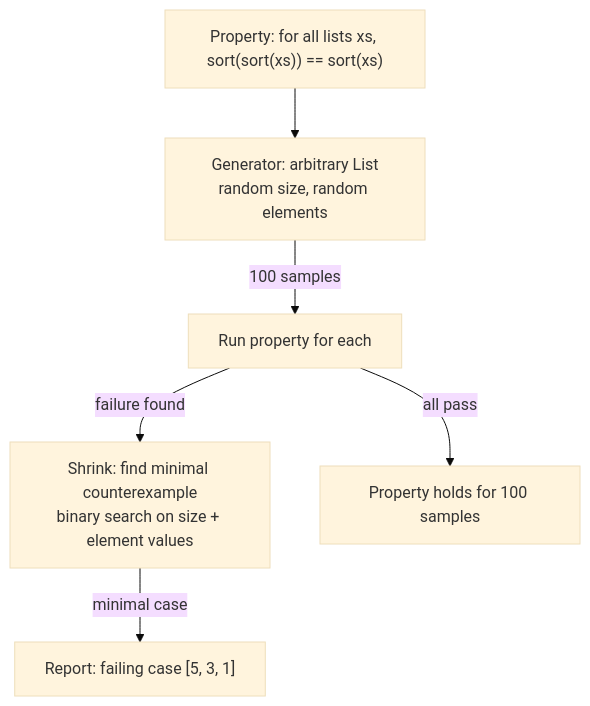
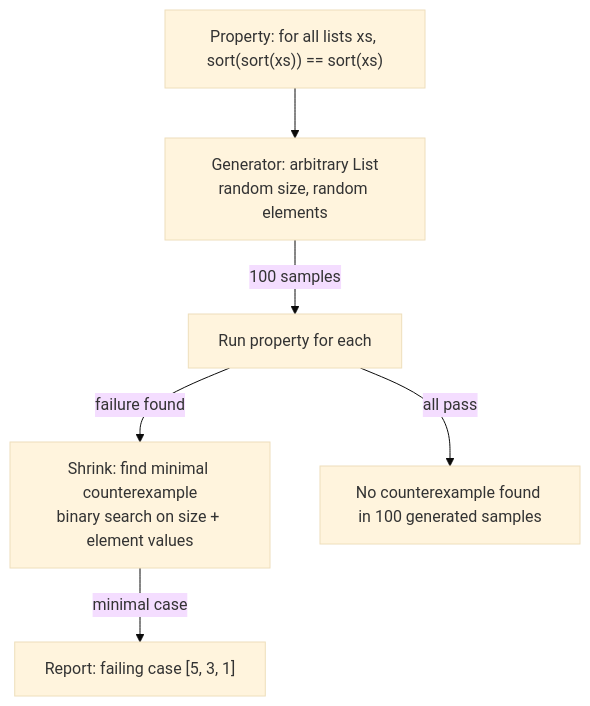
Before and after one commit to choisimo/document: diagram 19 of 33 in content/docs/books/cs-reference/ko/miscellaneous-cs.md, drawn with Mermaid (base theme). The commit also changed other lines of this file and 504 other files, not shown here.

````diff
--- a/content/docs/books/cs-reference/ko/miscellaneous-cs.md
+++ b/content/docs/books/cs-reference/ko/miscellaneous-cs.md
@@ -357,8 +359,8 @@
 ```mermaid
 flowchart TD
     Property["Property: for all lists xs, sort(sort(xs)) == sort(xs)"] --> Generator["Generator: arbitrary List<Int>\nrandom size, random elements"]
     Generator -->|100 samples| Runner["Run property for each"]
     Runner -->|failure found| Shrink["Shrink: find minimal counterexample\nbinary search on size + element values"]
     Shrink -->|minimal case| Report["Report: failing case [5, 3, 1]"]
-    Runner -->|all pass| Pass["Property holds for 100 samples"]
+    Runner -->|all pass| Pass["No counterexample found in 100 generated samples"]
 ```
````
